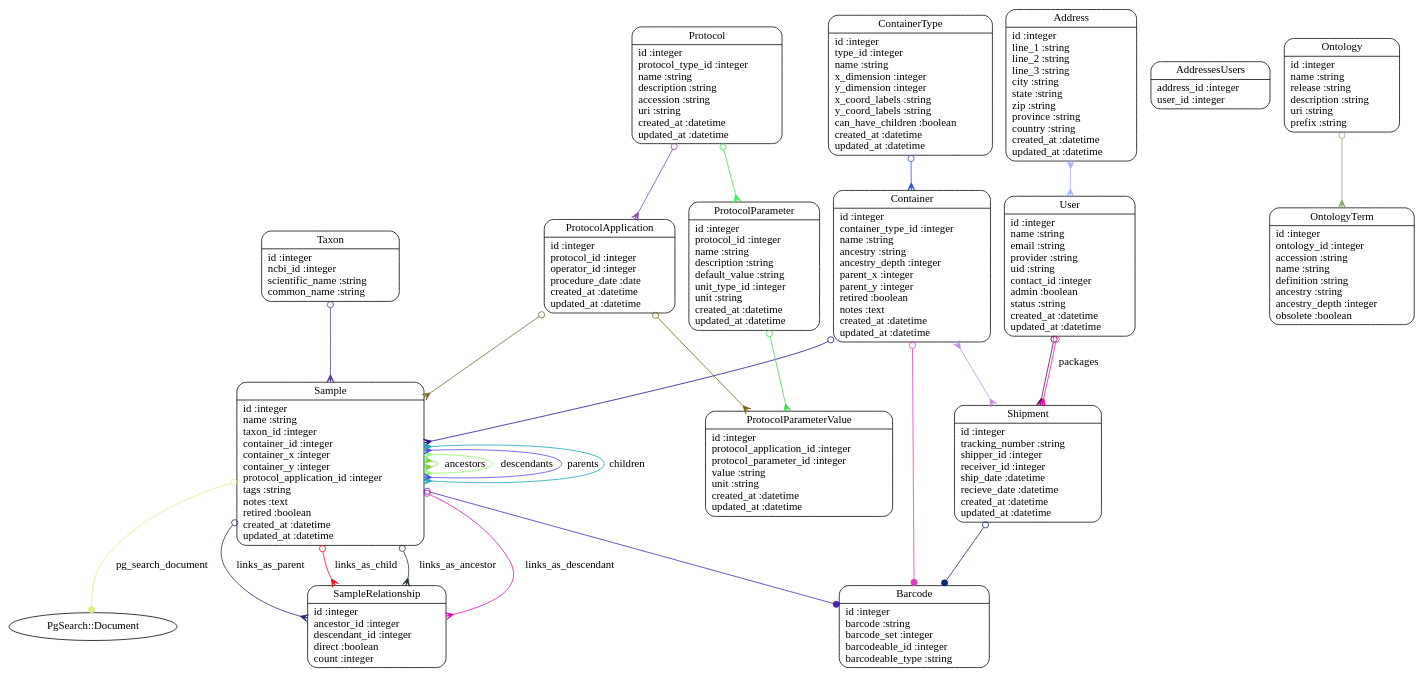
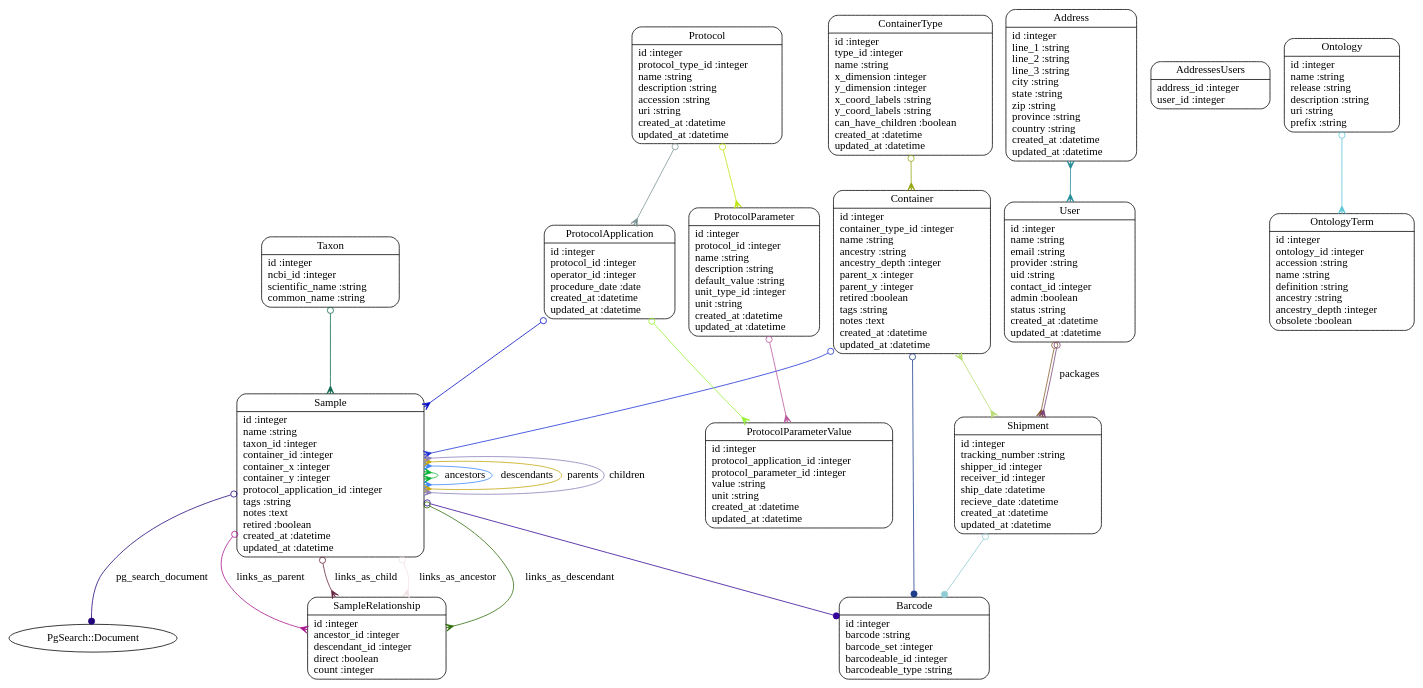
One commit to dimitras/collos changed the diagram in models.dot. Above: the diagram before and after it, drawn with Graphviz. The commit also changed 12 other files, not shown here.

```diff
--- a/models.dot
+++ b/models.dot
@@ -1,44 +1,44 @@
 digraph models_diagram {
 	graph[overlap=false, splines=true]
 	"Address" [shape=Mrecord, label="{Address|id :integer\lline_1 :string\lline_2 :string\lline_3 :string\lcity :string\lstate :string\lzip :string\lprovince :string\lcountry :string\lcreated_at :datetime\lupdated_at :datetime\l}"]
 	"AddressesUsers" [shape=Mrecord, label="{AddressesUsers|address_id :integer\luser_id :integer\l}"]
 	"Barcode" [shape=Mrecord, label="{Barcode|id :integer\lbarcode :string\lbarcode_set :integer\lbarcodeable_id :integer\lbarcodeable_type :string\l}"]
-	"Container" [shape=Mrecord, label="{Container|id :integer\lcontainer_type_id :integer\lname :string\lancestry :string\lancestry_depth :integer\lparent_x :integer\lparent_y :integer\lretired :boolean\lnotes :text\lcreated_at :datetime\lupdated_at :datetime\l}"]
+	"Container" [shape=Mrecord, label="{Container|id :integer\lcontainer_type_id :integer\lname :string\lancestry :string\lancestry_depth :integer\lparent_x :integer\lparent_y :integer\lretired :boolean\ltags :string\lnotes :text\lcreated_at :datetime\lupdated_at :datetime\l}"]
 	"ContainerType" [shape=Mrecord, label="{ContainerType|id :integer\ltype_id :integer\lname :string\lx_dimension :integer\ly_dimension :integer\lx_coord_labels :string\ly_coord_labels :string\lcan_have_children :boolean\lcreated_at :datetime\lupdated_at :datetime\l}"]
 	"Ontology" [shape=Mrecord, label="{Ontology|id :integer\lname :string\lrelease :string\ldescription :string\luri :string\lprefix :string\l}"]
 	"OntologyTerm" [shape=Mrecord, label="{OntologyTerm|id :integer\lontology_id :integer\laccession :string\lname :string\ldefinition :string\lancestry :string\lancestry_depth :integer\lobsolete :boolean\l}"]
 	"Protocol" [shape=Mrecord, label="{Protocol|id :integer\lprotocol_type_id :integer\lname :string\ldescription :string\laccession :string\luri :string\lcreated_at :datetime\lupdated_at :datetime\l}"]
 	"ProtocolApplication" [shape=Mrecord, label="{ProtocolApplication|id :integer\lprotocol_id :integer\loperator_id :integer\lprocedure_date :date\lcreated_at :datetime\lupdated_at :datetime\l}"]
 	"ProtocolParameter" [shape=Mrecord, label="{ProtocolParameter|id :integer\lprotocol_id :integer\lname :string\ldescription :string\ldefault_value :string\lunit_type_id :integer\lunit :string\lcreated_at :datetime\lupdated_at :datetime\l}"]
 	"ProtocolParameterValue" [shape=Mrecord, label="{ProtocolParameterValue|id :integer\lprotocol_application_id :integer\lprotocol_parameter_id :integer\lvalue :string\lunit :string\lcreated_at :datetime\lupdated_at :datetime\l}"]
 	"Sample" [shape=Mrecord, label="{Sample|id :integer\lname :string\ltaxon_id :integer\lcontainer_id :integer\lcontainer_x :integer\lcontainer_y :integer\lprotocol_application_id :integer\ltags :string\lnotes :text\lretired :boolean\lcreated_at :datetime\lupdated_at :datetime\l}"]
 	"SampleRelationship" [shape=Mrecord, label="{SampleRelationship|id :integer\lancestor_id :integer\ldescendant_id :integer\ldirect :boolean\lcount :integer\l}"]
 	"Shipment" [shape=Mrecord, label="{Shipment|id :integer\ltracking_number :string\lshipper_id :integer\lreceiver_id :integer\lship_date :datetime\lrecieve_date :datetime\lcreated_at :datetime\lupdated_at :datetime\l}"]
 	"Taxon" [shape=Mrecord, label="{Taxon|id :integer\lncbi_id :integer\lscientific_name :string\lcommon_name :string\l}"]
 	"User" [shape=Mrecord, label="{User|id :integer\lname :string\lemail :string\lprovider :string\luid :string\lcontact_id :integer\ladmin :boolean\lstatus :string\lcreated_at :datetime\lupdated_at :datetime\l}"]
-	"Address" -> "User" [arrowtail=crow, arrowhead=crow, dir=both color="#A6B2FA"]
-	"Container" -> "Sample" [arrowtail=odot, arrowhead=crow, dir=both color="#280A8B"]
-	"Container" -> "Barcode" [arrowtail=odot, arrowhead=dot, dir=both color="#DD3AC0"]
-	"Container" -> "Shipment" [arrowtail=crow, arrowhead=crow, dir=both color="#BE8EE2"]
-	"ContainerType" -> "Container" [arrowtail=odot, arrowhead=crow, dir=both color="#2C54D5"]
-	"Ontology" -> "OntologyTerm" [arrowtail=odot, arrowhead=crow, dir=both color="#84AB72"]
-	"Protocol" -> "ProtocolApplication" [arrowtail=odot, arrowhead=crow, dir=both color="#7E48B0"]
-	"Protocol" -> "ProtocolParameter" [arrowtail=odot, arrowhead=crow, dir=both color="#31EB51"]
-	"ProtocolApplication" -> "Sample" [arrowtail=odot, arrowhead=crow, dir=both color="#73692C"]
-	"ProtocolApplication" -> "ProtocolParameterValue" [arrowtail=odot, arrowhead=crow, dir=both color="#776209"]
-	"ProtocolParameter" -> "ProtocolParameterValue" [arrowtail=odot, arrowhead=crow, dir=both color="#4FCE5B"]
-	"Sample" -> "Barcode" [arrowtail=odot, arrowhead=dot, dir=both color="#4D20B5"]
-	"Sample" -> "SampleRelationship" [label="links_as_ancestor", arrowtail=odot, arrowhead=crow, dir=both color="#233135"]
-	"Sample" -> "SampleRelationship" [label="links_as_descendant", arrowtail=odot, arrowhead=crow, dir=both color="#D40FB1"]
-	"Sample" -> "Sample" [label="ancestors", arrowtail=crow, arrowhead=crow, dir=both color="#73D136"]
-	"Sample" -> "Sample" [label="descendants", arrowtail=crow, arrowhead=crow, dir=both color="#8AFD6C"]
-	"Sample" -> "SampleRelationship" [label="links_as_parent", arrowtail=odot, arrowhead=crow, dir=both color="#20276C"]
-	"Sample" -> "SampleRelationship" [label="links_as_child", arrowtail=odot, arrowhead=crow, dir=both color="#F70410"]
-	"Sample" -> "Sample" [label="parents", arrowtail=crow, arrowhead=crow, dir=both color="#5242F2"]
-	"Sample" -> "Sample" [label="children", arrowtail=crow, arrowhead=crow, dir=both color="#17A5B4"]
-	"Sample" -> "PgSearch::Document" [label="pg_search_document", arrowtail=odot, arrowhead=dot, dir=both color="#D8EE87"]
-	"Shipment" -> "Barcode" [arrowtail=odot, arrowhead=dot, dir=both color="#0D2970"]
-	"Taxon" -> "Sample" [arrowtail=odot, arrowhead=crow, dir=both color="#533A8A"]
-	"User" -> "Shipment" [arrowtail=odot, arrowhead=crow, dir=both color="#470C38"]
-	"User" -> "Shipment" [label="packages", arrowtail=odot, arrowhead=crow, dir=both color="#FA08B1"]
+	"Address" -> "User" [arrowtail=crow, arrowhead=crow, dir=both color="#218B96"]
+	"Container" -> "Sample" [arrowtail=odot, arrowhead=crow, dir=both color="#1C30D6"]
+	"Container" -> "Barcode" [arrowtail=odot, arrowhead=dot, dir=both color="#1C3D89"]
+	"Container" -> "Shipment" [arrowtail=crow, arrowhead=crow, dir=both color="#B7DC6F"]
+	"ContainerType" -> "Container" [arrowtail=odot, arrowhead=crow, dir=both color="#94A50F"]
+	"Ontology" -> "OntologyTerm" [arrowtail=odot, arrowhead=crow, dir=both color="#5BC6D8"]
+	"Protocol" -> "ProtocolApplication" [arrowtail=odot, arrowhead=crow, dir=both color="#799395"]
+	"Protocol" -> "ProtocolParameter" [arrowtail=odot, arrowhead=crow, dir=both color="#BFE50E"]
+	"ProtocolApplication" -> "Sample" [arrowtail=odot, arrowhead=crow, dir=both color="#020BC5"]
+	"ProtocolApplication" -> "ProtocolParameterValue" [arrowtail=odot, arrowhead=crow, dir=both color="#94F331"]
+	"ProtocolParameter" -> "ProtocolParameterValue" [arrowtail=odot, arrowhead=crow, dir=both color="#B8569C"]
+	"Sample" -> "Barcode" [arrowtail=odot, arrowhead=dot, dir=both color="#340599"]
+	"Sample" -> "SampleRelationship" [label="links_as_ancestor", arrowtail=odot, arrowhead=crow, dir=both color="#F2E2E3"]
+	"Sample" -> "SampleRelationship" [label="links_as_descendant", arrowtail=odot, arrowhead=crow, dir=both color="#2C6C08"]
+	"Sample" -> "Sample" [label="ancestors", arrowtail=crow, arrowhead=crow, dir=both color="#00B230"]
+	"Sample" -> "Sample" [label="descendants", arrowtail=crow, arrowhead=crow, dir=both color="#3A85FB"]
+	"Sample" -> "SampleRelationship" [label="links_as_parent", arrowtail=odot, arrowhead=crow, dir=both color="#A9128E"]
+	"Sample" -> "SampleRelationship" [label="links_as_child", arrowtail=odot, arrowhead=crow, dir=both color="#65243F"]
+	"Sample" -> "Sample" [label="parents", arrowtail=crow, arrowhead=crow, dir=both color="#C4A608"]
+	"Sample" -> "Sample" [label="children", arrowtail=crow, arrowhead=crow, dir=both color="#8B7EB8"]
+	"Sample" -> "PgSearch::Document" [label="pg_search_document", arrowtail=odot, arrowhead=dot, dir=both color="#22037A"]
+	"Shipment" -> "Barcode" [arrowtail=odot, arrowhead=dot, dir=both color="#90CCD3"]
+	"Taxon" -> "Sample" [arrowtail=odot, arrowhead=crow, dir=both color="#0F674E"]
+	"User" -> "Shipment" [arrowtail=odot, arrowhead=crow, dir=both color="#89592C"]
+	"User" -> "Shipment" [label="packages", arrowtail=odot, arrowhead=crow, dir=both color="#7A4676"]
 }
```
